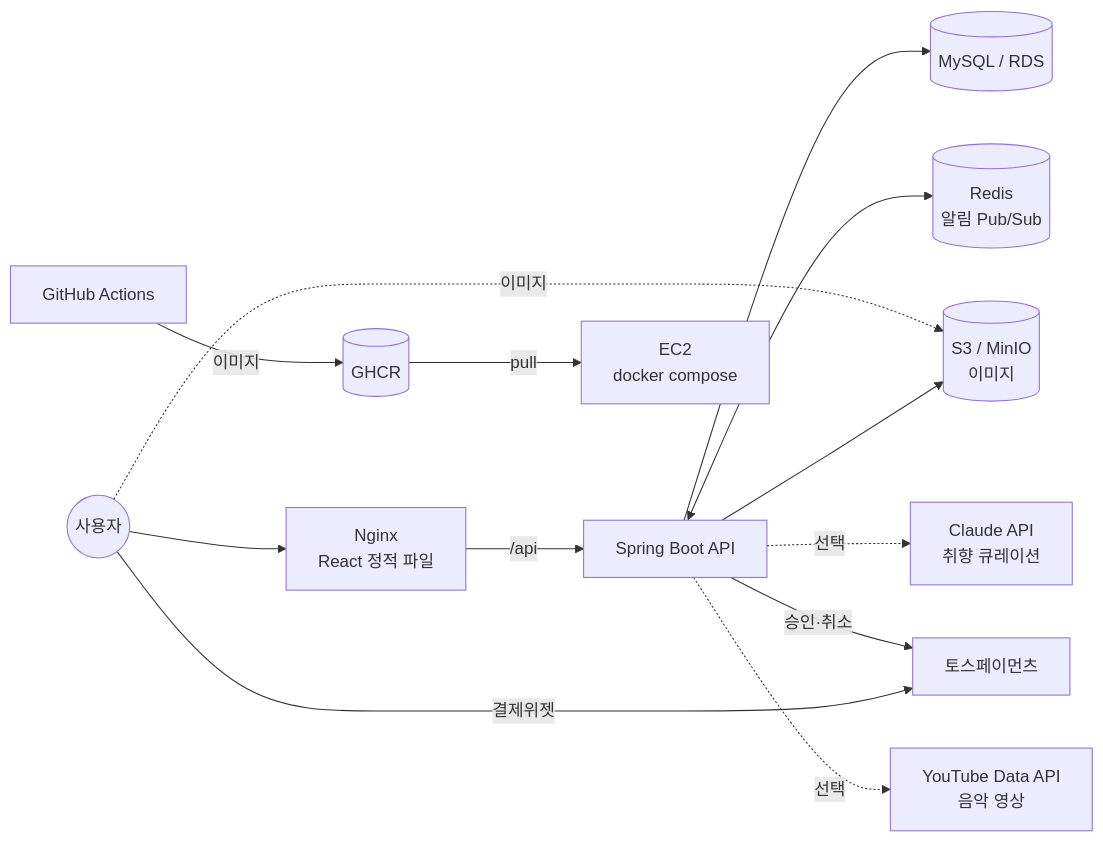
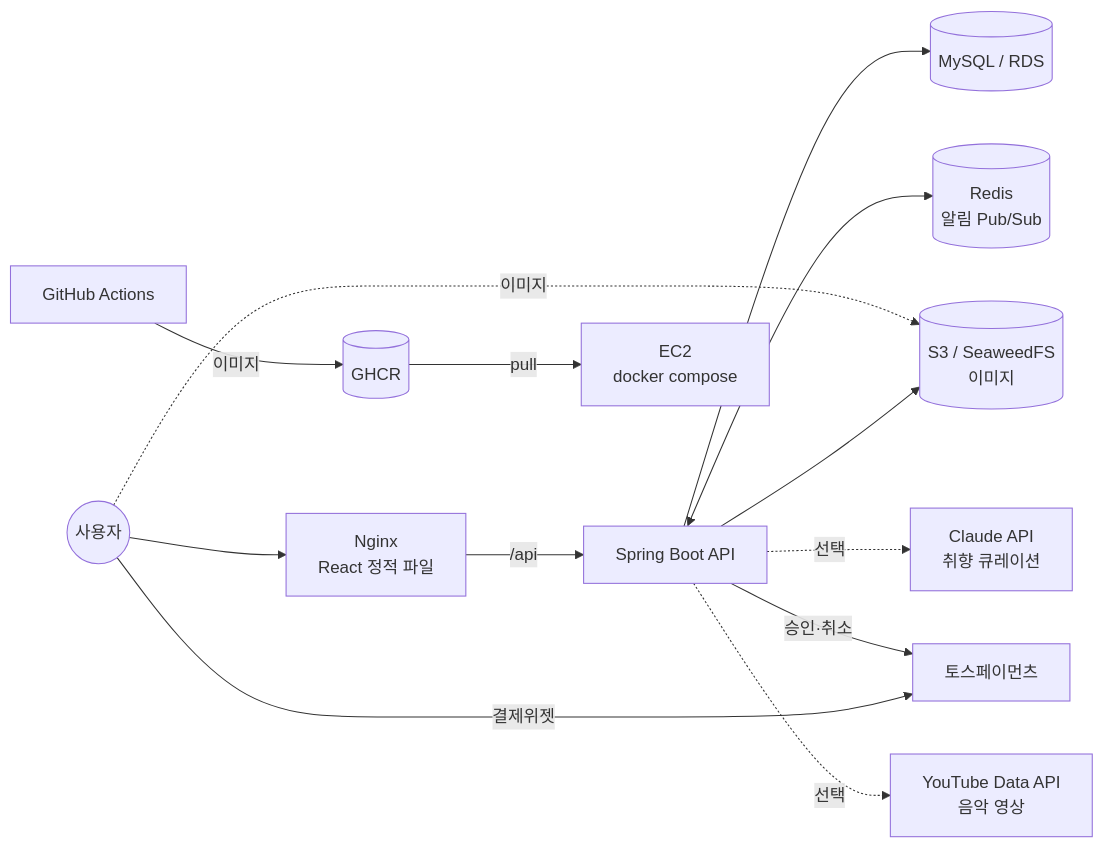
The first of 4 diagrams in docs/architecture.md (skkjy008/yeoun), drawn with Mermaid before and after one commit. The commit also changed 9 other files, not shown here.

Commit message:
fix: MinIO 이미지 제공 중단으로 SeaweedFS로 교체, gradlew 권한·줄바꿈 고정

````diff
--- a/docs/architecture.md
+++ b/docs/architecture.md
@@ -5,14 +5,14 @@
 ```mermaid
 flowchart LR
   user((사용자)) --> nginx[Nginx<br/>React 정적 파일]
   nginx -- /api --> api[Spring Boot API]
   api --> db[(MySQL / RDS)]
   api <--> redis[(Redis<br/>알림 Pub/Sub)]
-  api --> s3[(S3 / MinIO<br/>이미지)]
+  api --> s3[(S3 / SeaweedFS<br/>이미지)]
   user -. 이미지 .-> s3
   user -- 결제위젯 --> toss[토스페이먼츠]
   api -- 승인·취소 --> toss
   api -. 선택 .-> claude[Claude API<br/>취향 큐레이션]
   api -. 선택 .-> yt[YouTube Data API<br/>음악 영상]
   gh[GitHub Actions] -- 이미지 --> ghcr[(GHCR)] -- pull --> ec2[EC2<br/>docker compose]
 ```
````
